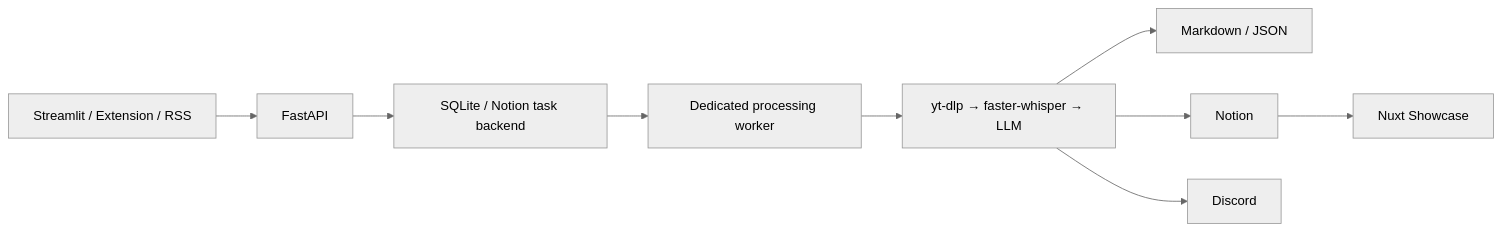
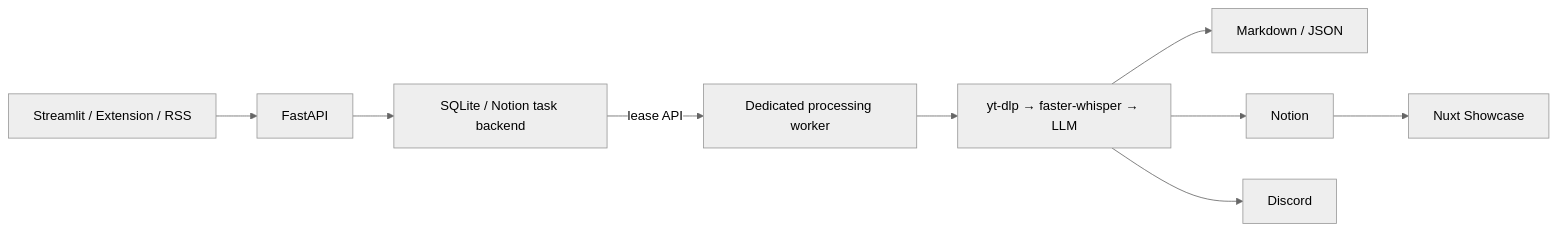
Before and after one commit to Rjiegit/youtube-transcript-summarizer: the diagram in openwiki/architecture/system-overview.md, drawn with Mermaid (neutral theme). The commit also changed other lines of this file and 31 other files, not shown here.

````diff
--- a/openwiki/architecture/system-overview.md
+++ b/openwiki/architecture/system-overview.md
@@ -63,11 +65,11 @@
 ```mermaid
 flowchart LR
   UI[Streamlit / Extension / RSS] --> API[FastAPI]
   API --> Queue[SQLite / Notion task backend]
-  Queue --> Worker[Dedicated processing worker]
+  Queue -->|lease API| Worker[Dedicated processing worker]
   Worker --> Media[yt-dlp → faster-whisper → LLM]
   Media --> Files[Markdown / JSON]
   Media --> Notion
   Media --> Discord
   Notion --> Showcase[Nuxt Showcase]
 ```
````
